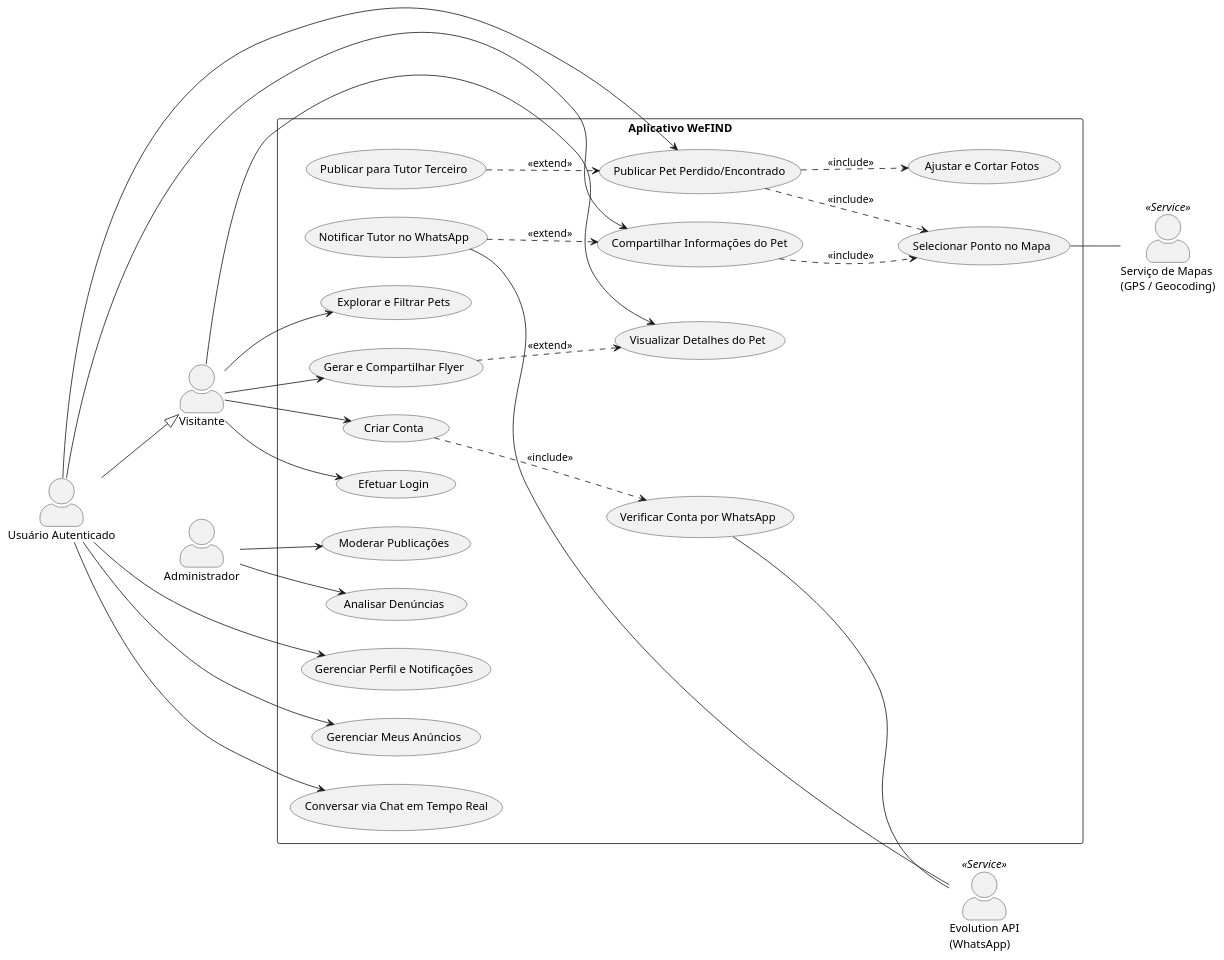
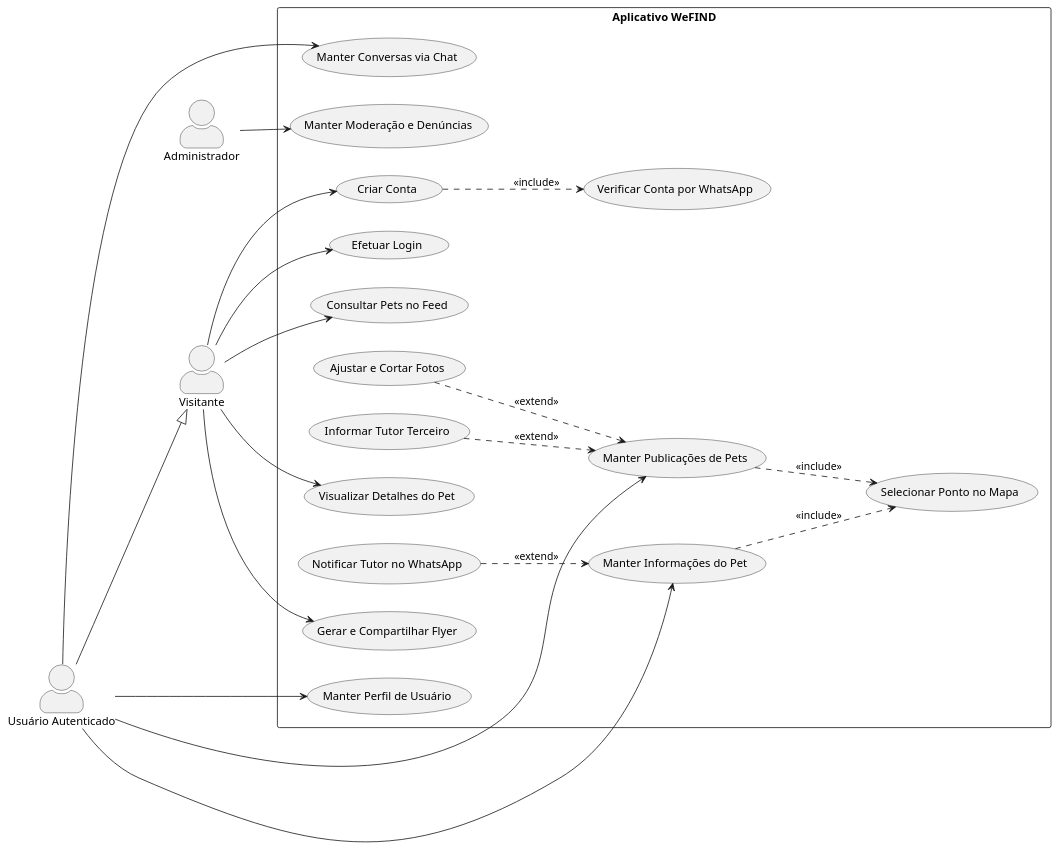
Before and after one commit to LuisHenriqueTSI/tcc_recover_aplicativo: the diagram in docs/LUCIDCHART_PROMPT.md, drawn with PlantUML. The commit also changed other lines of this file and 1 other file, not shown here.

Commit message:
docs: remove services from PlantUML and set photo crop as extend

````diff
--- a/docs/LUCIDCHART_PROMPT.md
+++ b/docs/LUCIDCHART_PROMPT.md
@@ -62,63 +65,52 @@
 ```plantuml
 @startuml
 left to right direction
 skinparam packageStyle rectangle
 skinparam actorStyle awesome
 
 actor "Visitante" as Visitor
 actor "Usuário Autenticado" as User
 actor "Administrador" as Admin
-actor "Evolution API\n(WhatsApp)" as WhatsApp <<Service>>
-actor "Serviço de Mapas\n(GPS / Geocoding)" as Maps <<Service>>
 
 User --|> Visitor
 
 rectangle "Aplicativo WeFIND" {
   usecase "Criar Conta" as UC1
   usecase "Verificar Conta por WhatsApp" as UC2
   usecase "Efetuar Login" as UC3
-  usecase "Gerenciar Perfil e Notificações" as UC4
-  usecase "Explorar e Filtrar Pets" as UC5
+  usecase "Manter Perfil de Usuário" as UC4
+  usecase "Consultar Pets no Feed" as UC5
   usecase "Visualizar Detalhes do Pet" as UC6
-  usecase "Publicar Pet Perdido/Encontrado" as UC7
+  usecase "Manter Publicações de Pets" as UC7
   usecase "Ajustar e Cortar Fotos" as UC8
-  usecase "Publicar para Tutor Terceiro" as UC9
+  usecase "Informar Tutor Terceiro" as UC9
   usecase "Gerar e Compartilhar Flyer" as UC10
-  usecase "Gerenciar Meus Anúncios" as UC11
-  usecase "Compartilhar Informações do Pet" as UC12
+  usecase "Manter Informações do Pet" as UC12
   usecase "Selecionar Ponto no Mapa" as UC13
   usecase "Notificar Tutor no WhatsApp" as UC14
-  usecase "Conversar via Chat em Tempo Real" as UC15
-  usecase "Moderar Publicações" as UC16
-  usecase "Analisar Denúncias" as UC17
+  usecase "Manter Conversas via Chat" as UC15
+  usecase "Manter Moderação e Denúncias" as UC16
 }
 
 Visitor --> UC1
 Visitor --> UC3
 Visitor --> UC5
 Visitor --> UC6
 Visitor --> UC10
 
 User --> UC7
 User --> UC12
 User --> UC15
-User --> UC11
 User --> UC4
 
 Admin --> UC16
-Admin --> UC17
 
 UC1 ..> UC2 : <<include>>
-UC7 ..> UC8 : <<include>>
 UC7 ..> UC13 : <<include>>
 UC12 ..> UC13 : <<include>>
 
+UC8 ..> UC7 : <<extend>>
 UC9 ..> UC7 : <<extend>>
 UC14 ..> UC12 : <<extend>>
-UC10 ..> UC6 : <<extend>>
-
-UC2 -- WhatsApp
-UC14 -- WhatsApp
-UC13 -- Maps
 @enduml
 ```
````
